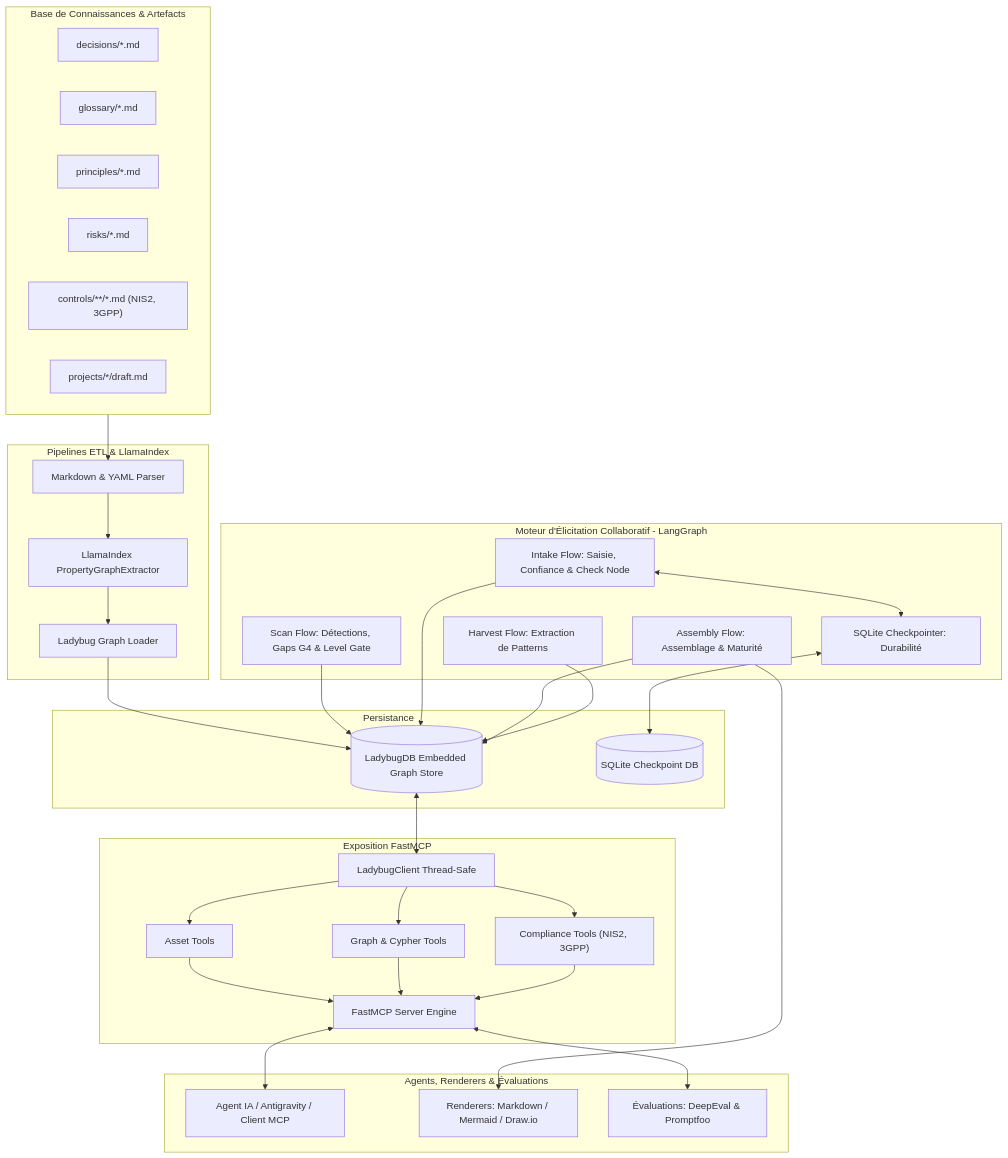
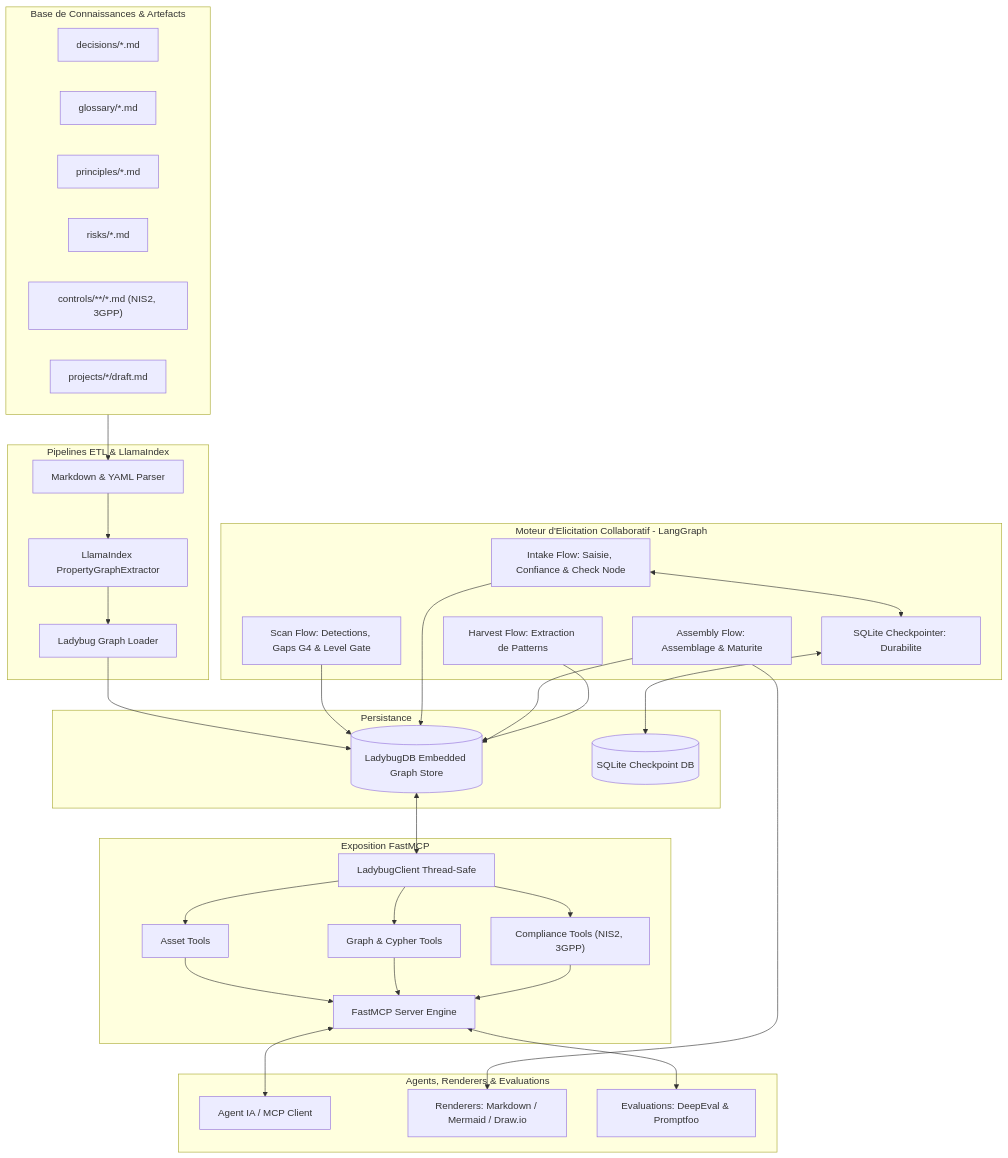
Before and after one commit to MauriceIsrael/LLMOps: the first of 4 diagrams in docs/architecture.md, drawn with Mermaid. The commit also changed other lines of this file and 12 other files, not shown here.

First line of the commit message:
docs: remove client refs, fix Mermaid + GitHub workflows

````diff
--- a/docs/architecture.md
+++ b/docs/architecture.md
@@ -23,67 +23,67 @@
 ```mermaid
 flowchart TB
     subgraph Data_Layer ["Base de Connaissances & Artefacts"]
         ADR["decisions/*.md"]
         GLOSS["glossary/*.md"]
         PRINC["principles/*.md"]
         RISK["risks/*.md"]
         CTRL["controls/**/*.md (NIS2, 3GPP)"]
         ENG["projects/*/draft.md"]
     end
 
     subgraph Ingestion_Layer ["Pipelines ETL & LlamaIndex"]
         MP["Markdown & YAML Parser"]
         LE["LlamaIndex PropertyGraphExtractor"]
         GL["Ladybug Graph Loader"]
     end
 
-    subgraph Elicitation_Engine ["Moteur d'Élicitation Collaboratif - LangGraph"]
-        SCAN["Scan Flow: Détections, Gaps G4 & Level Gate"]
+    subgraph Elicitation_Engine ["Moteur d'Elicitation Collaboratif - LangGraph"]
+        SCAN["Scan Flow: Detections, Gaps G4 & Level Gate"]
         INTAKE["Intake Flow: Saisie, Confiance & Check Node"]
-        ASSEMBLE["Assembly Flow: Assemblage & Maturité"]
+        ASSEMBLE["Assembly Flow: Assemblage & Maturite"]
         HARVEST["Harvest Flow: Extraction de Patterns"]
-        CHK["SQLite Checkpointer: Durabilité"]
+        CHK["SQLite Checkpointer: Durabilite"]
     end
 
     subgraph Storage_Layer ["Persistance"]
         LBUG[("LadybugDB Embedded Graph Store")]
         SQLITE[("SQLite Checkpoint DB")]
     end
 
     subgraph MCP_Layer ["Exposition FastMCP"]
         LC["LadybugClient Thread-Safe"]
         AT["Asset Tools"]
         GT["Graph & Cypher Tools"]
         CT["Compliance Tools (NIS2, 3GPP)"]
         FSERV["FastMCP Server Engine"]
     end
 
-    subgraph Consumer_Layer ["Agents, Renderers & Évaluations"]
-        AGENT["Agent IA / Antigravity / Client MCP"]
+    subgraph Consumer_Layer ["Agents, Renderers & Evaluations"]
+        AGENT["Agent IA / MCP Client"]
         RENDers["Renderers: Markdown / Mermaid / Draw.io"]
-        EVAL["Évaluations: DeepEval & Promptfoo"]
+        EVAL["Evaluations: DeepEval & Promptfoo"]
     end
 
     Data_Layer --> MP
     MP --> LE
     LE --> GL
     GL --> LBUG
 
     SCAN --> LBUG
     INTAKE --> LBUG
     INTAKE <--> CHK
     CHK <--> SQLITE
     ASSEMBLE --> LBUG
     HARVEST --> LBUG
 
     LBUG <--> LC
     LC --> AT
     LC --> GT
     LC --> CT
     AT --> FSERV
     GT --> FSERV
     CT --> FSERV
     FSERV <--> AGENT
     ASSEMBLE --> RENDers
     FSERV <--> EVAL
 ```
````
